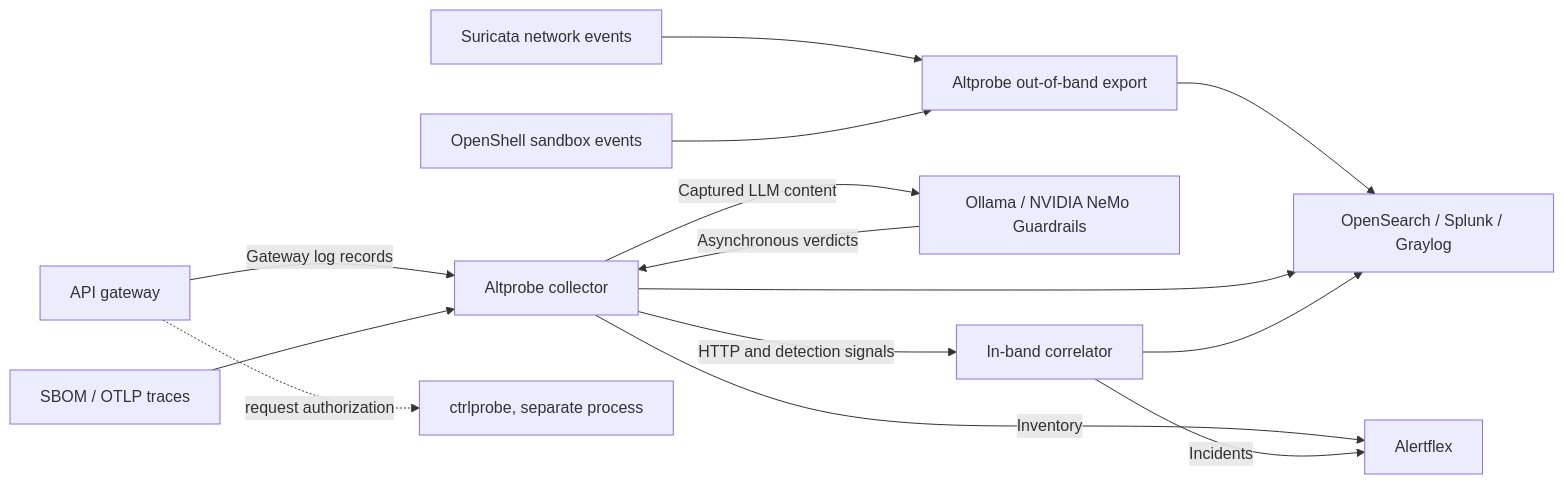
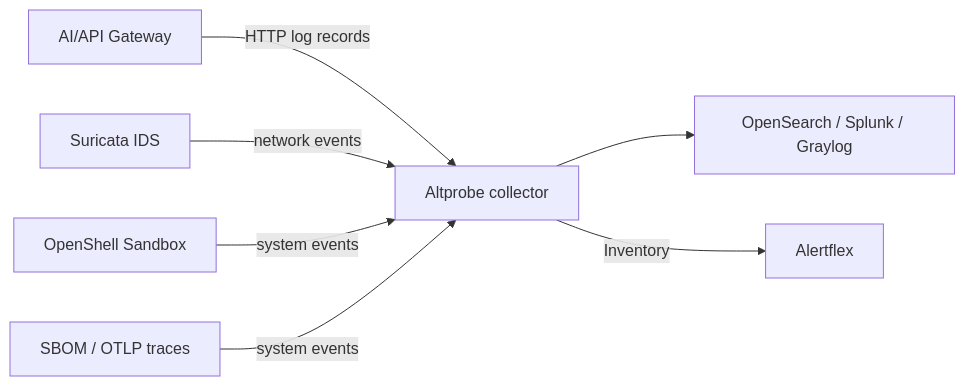
Before and after one commit to olegzhr/altprobe: the diagram in README.md, drawn with Mermaid.

````diff
--- a/README.md
+++ b/README.md
@@ -51,16 +51,9 @@
 ```mermaid
 flowchart LR
-    G[API gateway] -->|Gateway log records| A[Altprobe collector]
-    N[Suricata network events] --> E[Altprobe out-of-band export]
-    H[OpenShell sandbox events] --> E
-    E --> O[OpenSearch / Splunk / Graylog]
-    S[SBOM / OTLP traces] --> A
-    A -->|Captured LLM content| L[Ollama / NVIDIA NeMo Guardrails]
-    L -->|Asynchronous verdicts| A
-    A -->|HTTP and detection signals| R[In-band correlator]
-    A --> O
-    R --> O
+    G[AI/API Gateway] -->|HTTP log records| A[Altprobe collector]
+    N[Suricata IDS] -->|network events| A[Altprobe collector]
+    H[OpenShell Sandbox] -->|system events| A[Altprobe collector]
+    S[SBOM / OTLP traces] -->|system events| A[Altprobe collector]
+    A --> O[OpenSearch / Splunk / Graylog]
     A -->|Inventory| C[Alertflex]
-    R -->|Incidents| C
-    G -. request authorization .-> P[ctrlprobe, separate process]
 ```
````
